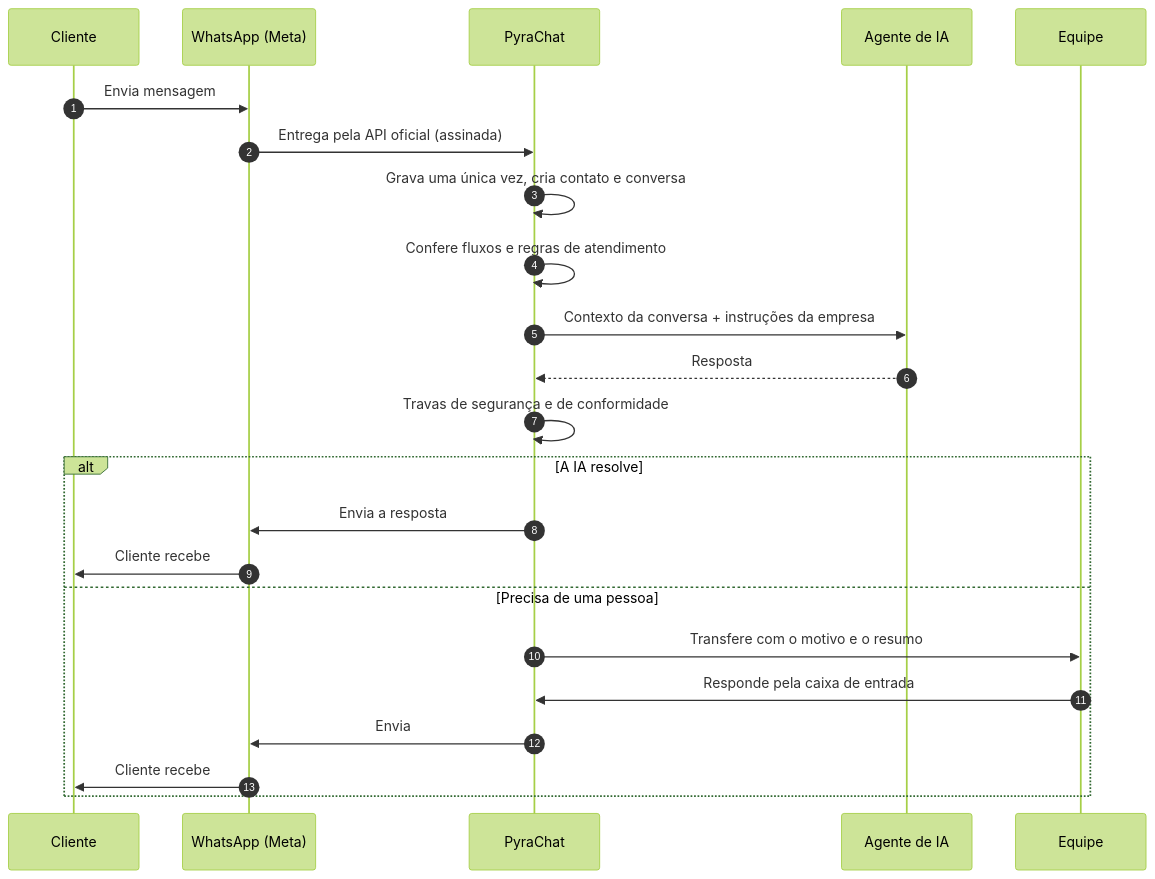
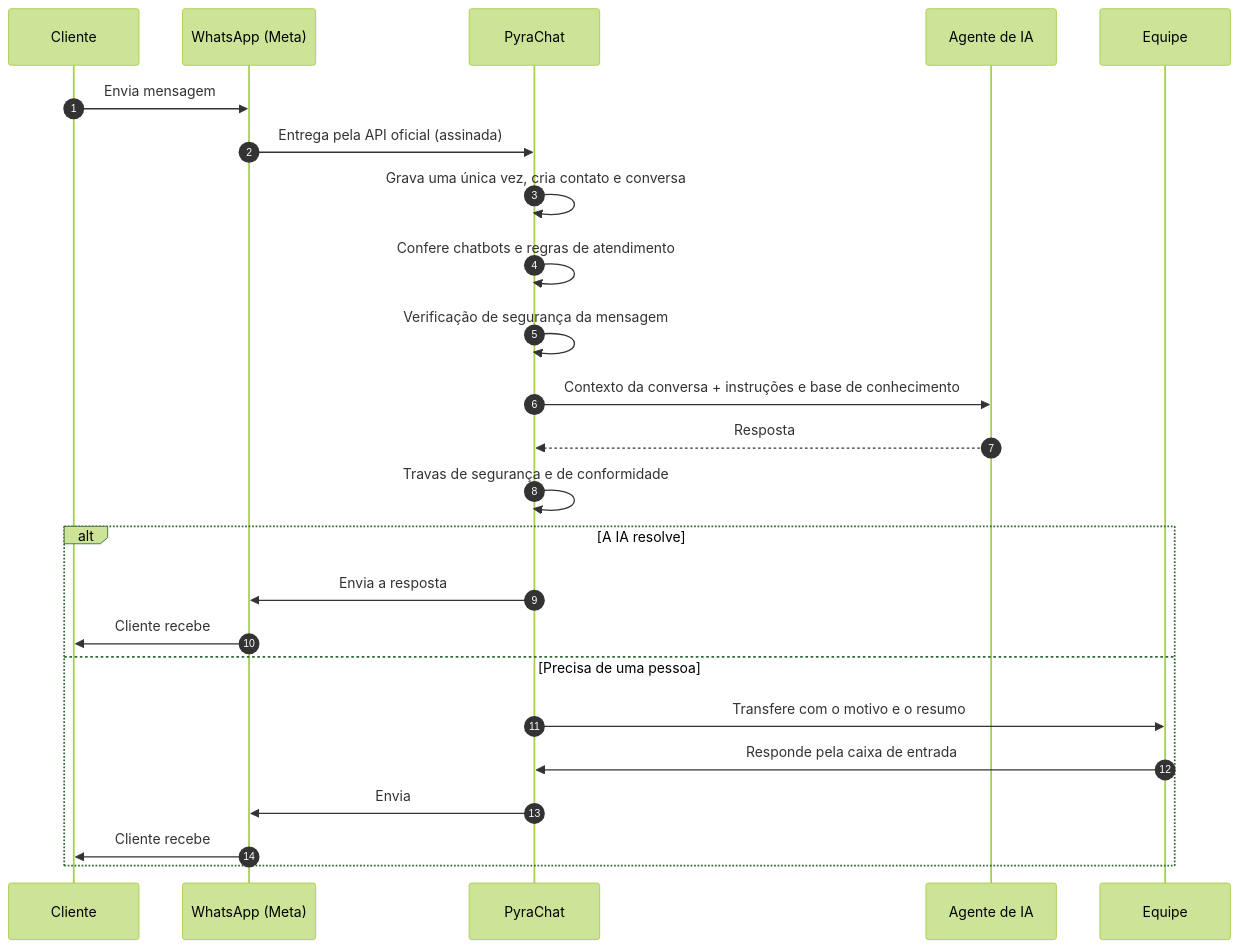
Before and after one commit to lopesdevi/pyrachat-overview: the diagram in README.md, drawn with Mermaid (forest theme). The commit also changed other lines of this file, not shown here.

````diff
--- a/README.md
+++ b/README.md
@@ -61,25 +63,26 @@
 ```mermaid
 sequenceDiagram
     autonumber
     participant C as Cliente
     participant W as WhatsApp (Meta)
     participant P as PyraChat
     participant IA as Agente de IA
     participant E as Equipe
     C->>W: Envia mensagem
     W->>P: Entrega pela API oficial (assinada)
     P->>P: Grava uma única vez, cria contato e conversa
-    P->>P: Confere fluxos e regras de atendimento
-    P->>IA: Contexto da conversa + instruções da empresa
+    P->>P: Confere chatbots e regras de atendimento
+    P->>P: Verificação de segurança da mensagem
+    P->>IA: Contexto da conversa + instruções e base de conhecimento
     IA-->>P: Resposta
     P->>P: Travas de segurança e de conformidade
     alt A IA resolve
         P->>W: Envia a resposta
         W->>C: Cliente recebe
     else Precisa de uma pessoa
         P->>E: Transfere com o motivo e o resumo
         E->>P: Responde pela caixa de entrada
         P->>W: Envia
         W->>C: Cliente recebe
     end
 ```
````
